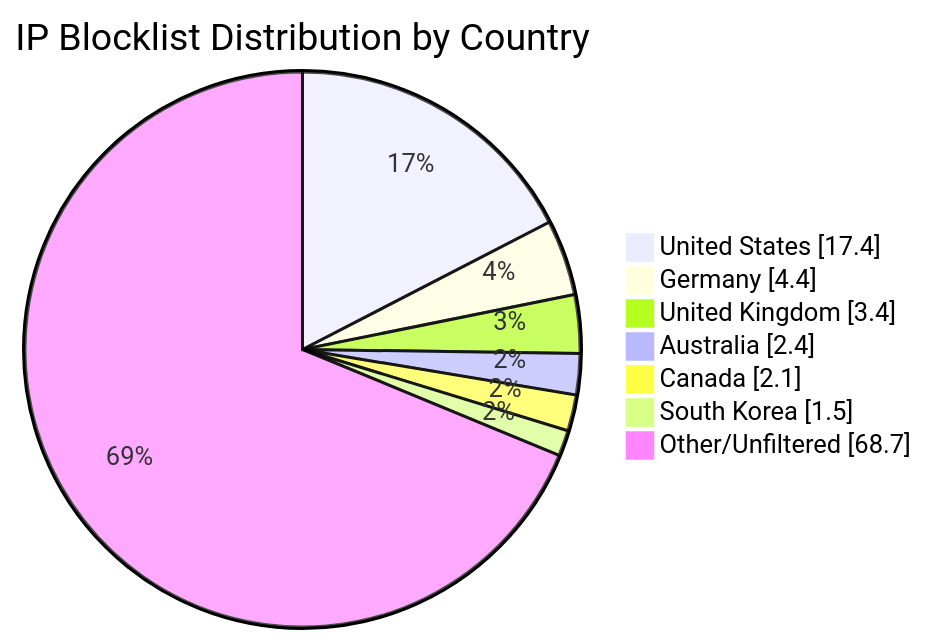
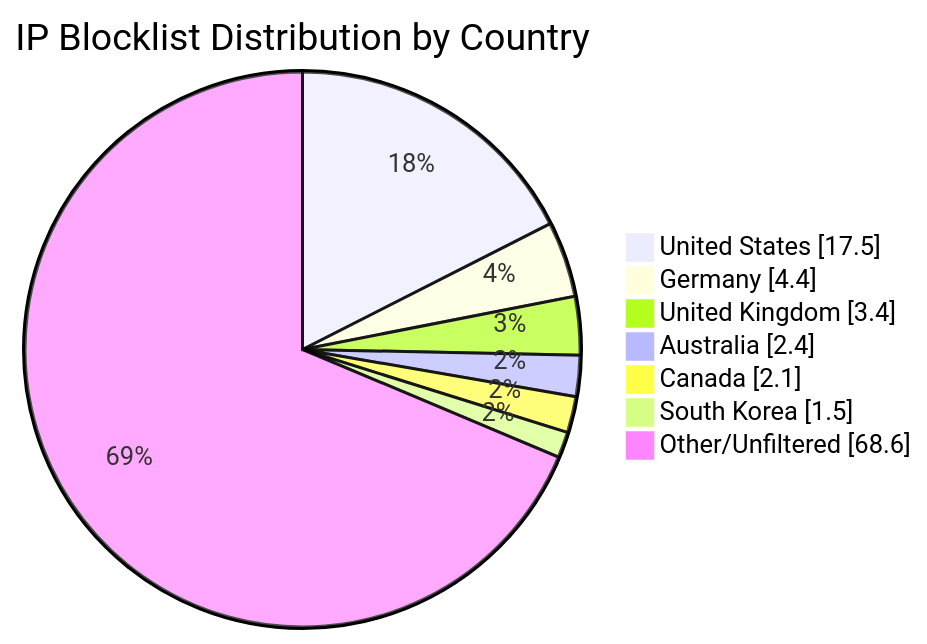
The diagram in README.md (MarcusHoltz/ipblocklist-geofiltered-aggregator), drawn with Mermaid before and after one commit. The commit also changed other lines of this file and 9 other files, not shown here.

````diff
--- a/README.md
+++ b/README.md
@@ -34,10 +34,10 @@
 ```mermaid
 pie showData title IP Blocklist Distribution by Country
-"United States" : 17.4
+"United States" : 17.5
 "Germany" : 4.4
 "United Kingdom" : 3.4
 "Australia" : 2.4
 "Canada" : 2.1
 "South Korea" : 1.5
-"Other/Unfiltered" : 68.7
+"Other/Unfiltered" : 68.6
 ```
````
